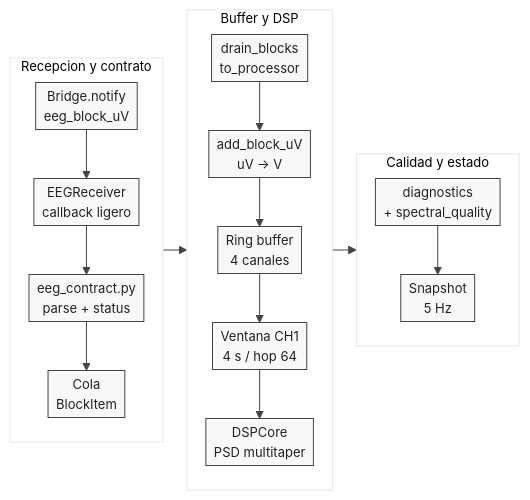
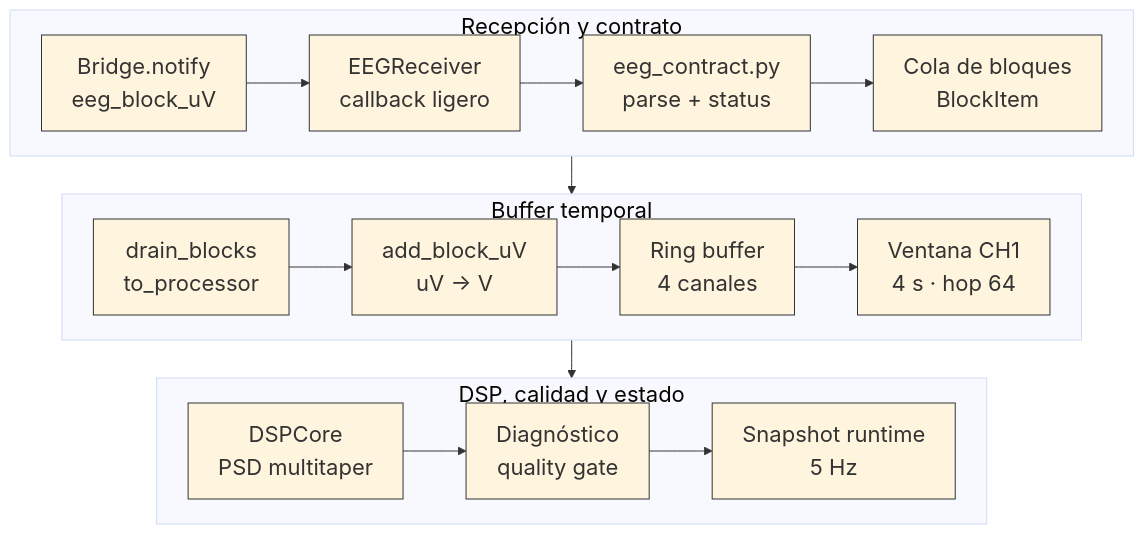
The diagram in TFG_EEG_MIDI/images/uml/impl_backend_flujo_python.mmd (valtorresm97/REDACCION-TFG), drawn with Mermaid before and after one commit.

Commit message:
Normalize backend flow diagram visual style

```diff
--- a/TFG_EEG_MIDI/images/uml/impl_backend_flujo_python.mmd
+++ b/TFG_EEG_MIDI/images/uml/impl_backend_flujo_python.mmd
@@ -1,24 +1,24 @@
-%%{init: {"theme": "base", "themeVariables": {"fontFamily": "Arial", "fontSize": "13px", "primaryColor": "#F8F8F8", "primaryTextColor": "#222222", "primaryBorderColor": "#444444", "lineColor": "#444444", "secondaryColor": "#FFFFFF", "tertiaryColor": "#FFFFFF"}, "flowchart": {"curve": "linear", "nodeSpacing": 18, "rankSpacing": 24, "padding": 4, "htmlLabels": false}}}%%
-flowchart LR
-  subgraph RX["Recepcion y contrato"]
-    direction TB
-    a["Bridge.notify\neeg_block_uV"] --> b["EEGReceiver\ncallback ligero"]
-    b --> c["eeg_contract.py\nparse + status"]
-    c --> d["Cola\nBlockItem"]
+%%{init: {"theme": "base", "themeVariables": {"fontSize": "22px", "fontFamily": "Arial", "primaryBorderColor": "#333333", "lineColor": "#333333"}, "flowchart": {"htmlLabels": true, "nodeSpacing": 30, "rankSpacing": 38, "curve": "basis"}}}%%
+flowchart TB
+  subgraph rx["Recepción y contrato"]
+    direction LR
+    event["Bridge.notify<br/>eeg_block_uV"] --> receiver["EEGReceiver<br/>callback ligero"]
+    receiver --> contract["eeg_contract.py<br/>parse + status"]
+    contract --> queue["Cola de bloques<br/>BlockItem"]
   end
 
-  subgraph BUF["Buffer y DSP"]
-    direction TB
-    e["drain_blocks\nto_processor"] --> f["add_block_uV\nuV -> V"]
-    f --> g["Ring buffer\n4 canales"]
-    g --> h["Ventana CH1\n4 s / hop 64"]
-    h --> i["DSPCore\nPSD multitaper"]
+  subgraph buffer["Buffer temporal"]
+    direction LR
+    drain["drain_blocks<br/>to_processor"] --> ingest["add_block_uV<br/>uV → V"]
+    ingest --> ring["Ring buffer<br/>4 canales"]
+    ring --> window["Ventana CH1<br/>4 s · hop 64"]
   end
 
-  subgraph OUT["Calidad y estado"]
-    direction TB
-    j["diagnostics\n+ spectral_quality"] --> k["Snapshot\n5 Hz"]
+  subgraph dsp["DSP, calidad y estado"]
+    direction LR
+    core["DSPCore<br/>PSD multitaper"] --> quality["Diagnóstico<br/>quality gate"]
+    quality --> snapshot["Snapshot runtime<br/>5 Hz"]
   end
 
-  d --> e
-  i --> j
+  queue --> drain
+  window --> core
```
